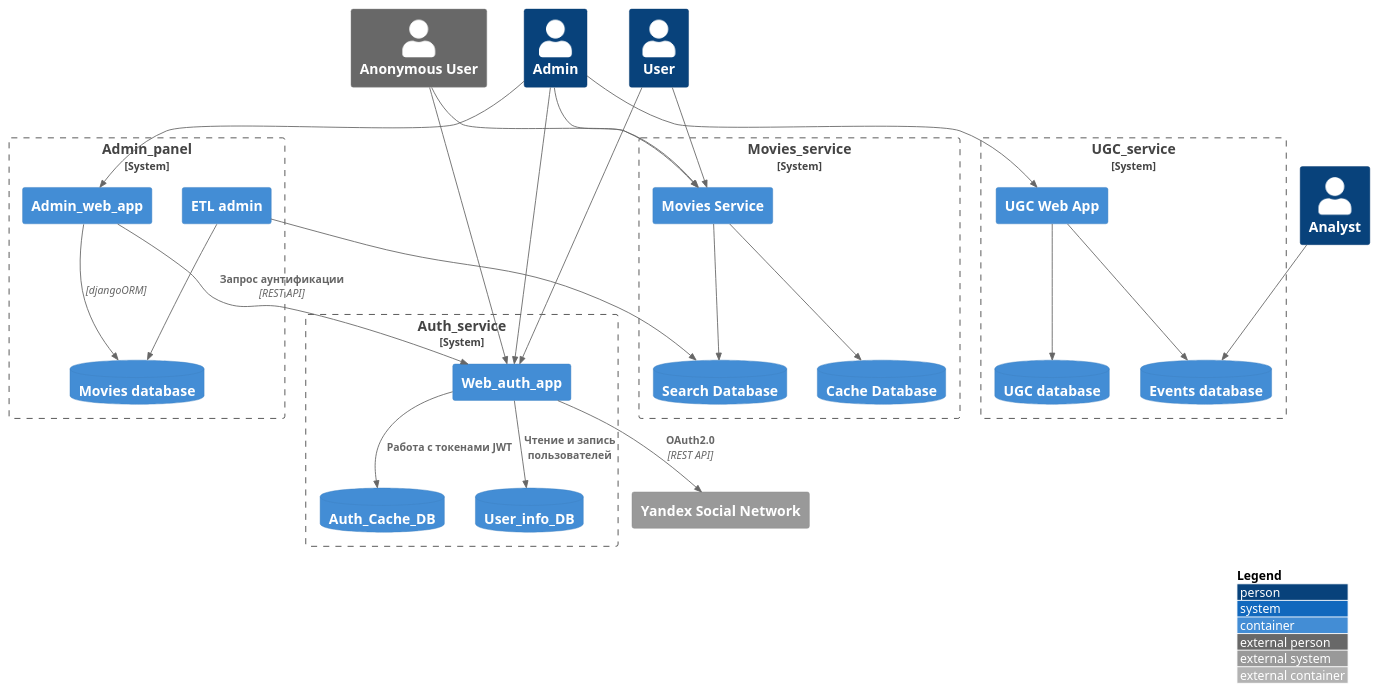
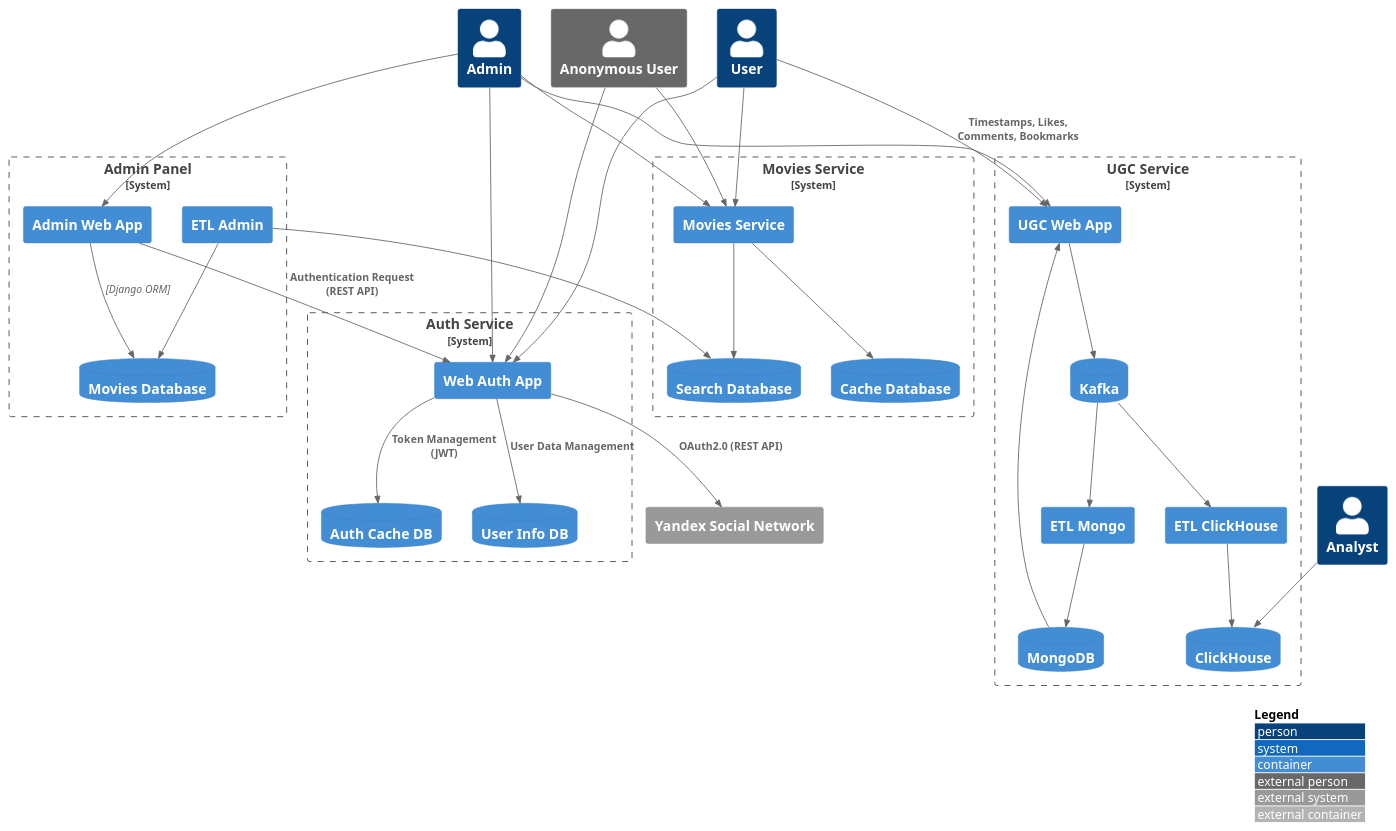
Before and after one commit to konarlook/ugc_sprint_1: the diagram in docs/arc/c2_context.puml, drawn with PlantUML. The commit also changed 6 other files, not shown here.

```diff
--- a/docs/arc/c2_context.puml
+++ b/docs/arc/c2_context.puml
@@ -1,68 +1,77 @@
 @startuml system-context
 !include https://raw.githubusercontent.com/plantuml-stdlib/C4-PlantUML/master/C4_Container.puml
 
 LAYOUT_TOP_DOWN()
 LAYOUT_WITH_LEGEND()
 
 Person(admin, "Admin")
 Person(analyst, "Analyst")
 Person(user, "User")
 Person_Ext(anonim, "Anonymous User")
 
-
-System_Boundary(admin_panel, "Admin_panel"){
-    Container(web_app, "Admin_web_app")
-    ContainerDb(movies_db, "Movies database")
-    Container(etl_admin, "ETL admin")
-}
-System_Boundary(auth_service, "Auth_service"){
-    ContainerDb(cache_auth_db, "Auth_Cache_DB")
-    ContainerDb(user_auth_db, "User_info_DB")
-    Container(web_auth, "Web_auth_app")
+System_Boundary(admin_panel, "Admin Panel") {
+    Container(web_app, "Admin Web App")
+    ContainerDb(movies_db, "Movies Database")
+    Container(etl_admin, "ETL Admin")
 }
 
-System_Boundary(movies_service, "Movies_service"){
+System_Boundary(auth_service, "Auth Service") {
+    ContainerDb(cache_auth_db, "Auth Cache DB")
+    ContainerDb(user_auth_db, "User Info DB")
+    Container(web_auth, "Web Auth App")
+}
+
+System_Boundary(movies_service, "Movies Service") {
     ContainerDb(search_db, "Search Database")
     ContainerDb(cache_db, "Cache Database")
     Container(movies_app, "Movies Service")
 }
 
-System_Boundary(ugc_service, "UGC_service"){
-    ContainerDb(ugc_db, "UGC database")
+System_Boundary(ugc_service, "UGC Service") {
     Container(ugc_web_app, "UGC Web App")
-    ContainerDb(events_db, "Events database")
+    ContainerDb(ugc_db_kafka, "Kafka")
+    ContainerDb(ugc_db_mongo, "MongoDB")
+    Container(ugc_etl_mongo, "ETL Mongo")
+    Container(ugc_etl_click, "ETL ClickHouse")
+    ContainerDb(ClickHouse_db, "ClickHouse")
 }
+
 System_Ext(yandex_soc, "Yandex Social Network")
 
+Rel(web_app, movies_db, "", "Django ORM")
+Rel(etl_admin, movies_db, "")
+Rel(etl_admin, search_db, "")
 
-Rel(web_app, movies_db,, djangoORM)
-Rel(etl_admin, movies_db, )
-Rel(etl_admin, search_db,)
+Rel(movies_app, cache_db, "")
+Rel(movies_app, search_db, "")
 
-Rel(movies_app, cache_db,)
-Rel(movies_app, search_db, )
+Rel(web_auth, cache_auth_db, "Token Management (JWT)")
+Rel(web_auth, user_auth_db, "User Data Management")
+Rel(web_auth, yandex_soc, "OAuth2.0 (REST API)")
 
-Rel(web_auth, cache_auth_db, "Работа с токенами JWT")
-Rel(web_auth, user_auth_db, "Чтение и запись пользователей")
-Rel(web_auth, yandex_soc, "OAuth2.0", "REST API")
-Rel(web_app, web_auth, "Запрос аунтификации", "REST API")
+Rel(web_app, web_auth, "Authentication Request (REST API)")
 
-Rel(user, web_auth,)
-Rel(user, movies_app,)
+Rel(user, web_auth, "")
+Rel(user, movies_app, "")
 
-Rel(anonim, web_auth,)
-Rel(anonim, movies_app,)
+Rel(anonim, web_auth, "")
+Rel(anonim, movies_app, "")
 
-Rel(admin, web_auth,)
-Rel(admin, movies_app,)
-Rel(admin, web_app,)
-Rel(analyst, events_db,)
+Rel(admin, web_auth, "")
+Rel(admin, movies_app, "")
+Rel(admin, web_app, "")
 
-Rel(ugc_web_app, events_db, "")
-Rel(ugc_web_app, ugc_db, "")
+Rel(analyst, ClickHouse_db, "")
 
-Rel(admin, ugc_web_app, "", "")
+Rel(user, ugc_web_app, "Timestamps, Likes, Comments, Bookmarks")
+Rel(admin, ugc_web_app, "")
 
+Rel(ugc_web_app, ugc_db_kafka, "")
+Rel(ugc_db_kafka, ugc_etl_click, "")
+Rel(ugc_etl_click, ClickHouse_db, "")
 
+Rel(ugc_db_kafka, ugc_etl_mongo, "")
+Rel(ugc_etl_mongo, ugc_db_mongo, "")
+Rel(ugc_db_mongo, ugc_web_app, "")
 
 @enduml
```
